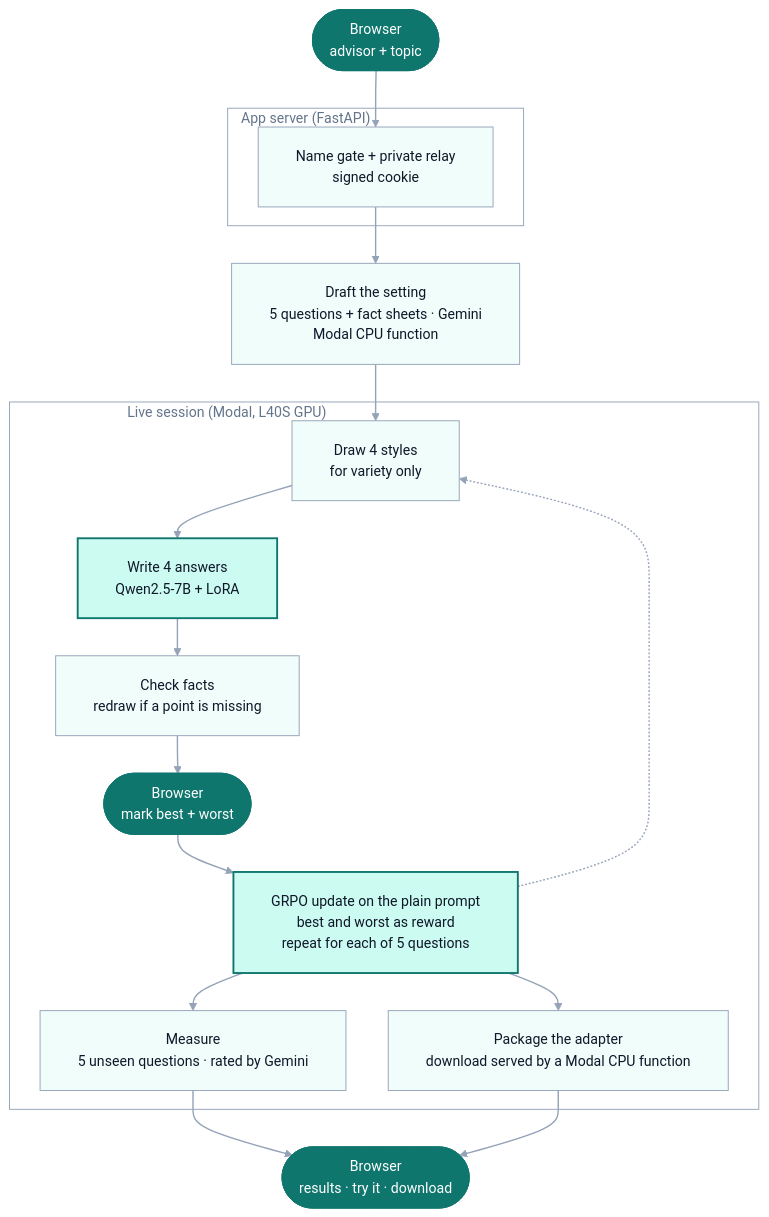
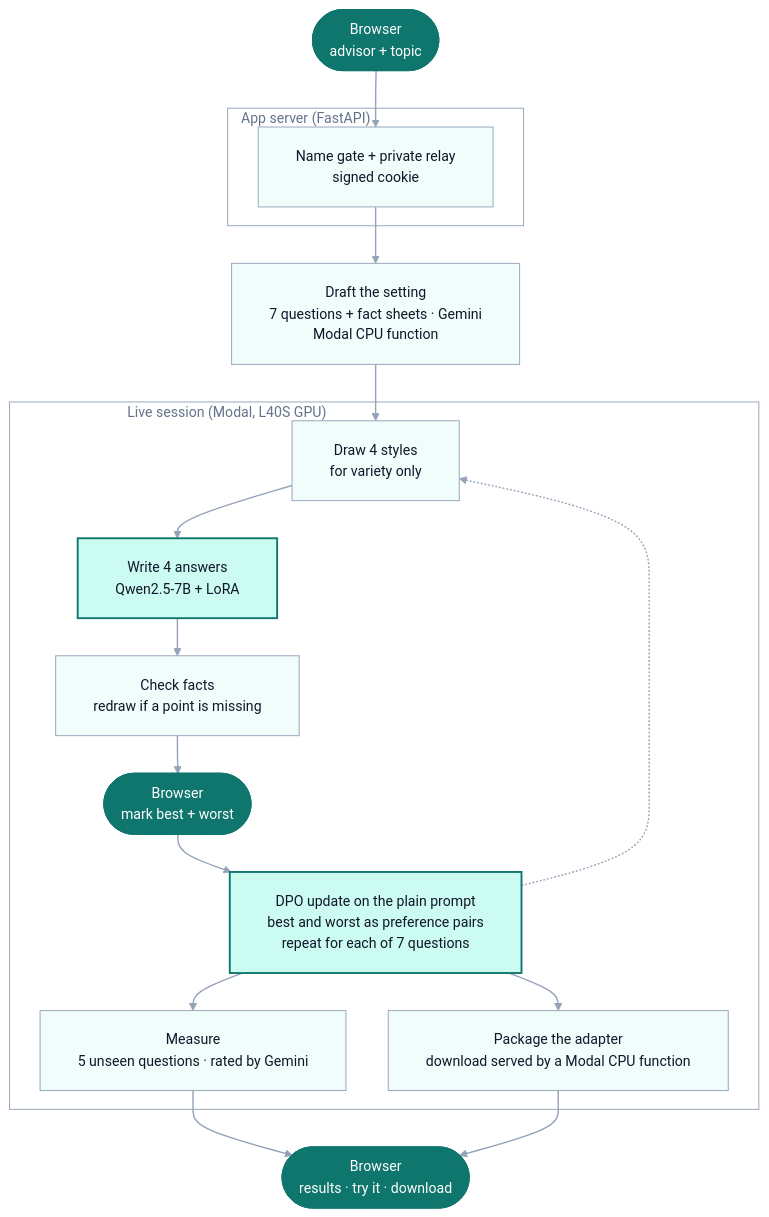
One commit to jessecui/attune changed the diagram in README.md. Above: the diagram before and after it, drawn with Mermaid. The commit also changed other lines of this file and 7 other files, not shown here.

First line of the commit message:
Ship DPO with seven-question sessions and a twenty-minute limit; GRPO becomes the method it is compared against

````diff
--- a/README.md
+++ b/README.md
@@ -68,40 +68,40 @@
 ```mermaid
 %%{init: {"theme": "base", "themeVariables": {"fontSize": "15px", "lineColor": "#94a3b8", "textColor": "#64748b", "clusterBkg": "transparent", "clusterBorder": "#94a3b8", "titleColor": "#64748b"}, "flowchart": {"curve": "basis", "nodeSpacing": 45, "rankSpacing": 40, "padding": 20, "wrappingWidth": 400}}}%%
 flowchart TB
     UI(["Browser<br/>advisor + topic"])
 
-    D["Draft the setting<br/>5 questions + fact sheets · Gemini<br/>Modal CPU function"]
+    D["Draft the setting<br/>7 questions + fact sheets · Gemini<br/>Modal CPU function"]
 
     subgraph APP["App server (FastAPI)#nbsp;#nbsp;#nbsp;#nbsp;#nbsp;#nbsp;#nbsp;#nbsp;#nbsp;#nbsp;#nbsp;#nbsp;#nbsp;#nbsp;#nbsp;#nbsp;#nbsp;#nbsp;#nbsp;#nbsp;#nbsp;#nbsp;#nbsp;#nbsp;#nbsp;#nbsp;#nbsp;#nbsp;#nbsp;#nbsp;#nbsp;#nbsp;#nbsp;#nbsp;#nbsp;#nbsp;#nbsp;#nbsp;#nbsp;#nbsp;"]
         A["Name gate + private relay<br/>signed cookie"]
     end
 
     subgraph LIVE["Live session (Modal, L40S GPU)#nbsp;#nbsp;#nbsp;#nbsp;#nbsp;#nbsp;#nbsp;#nbsp;#nbsp;#nbsp;#nbsp;#nbsp;#nbsp;#nbsp;#nbsp;#nbsp;#nbsp;#nbsp;#nbsp;#nbsp;#nbsp;#nbsp;#nbsp;#nbsp;#nbsp;#nbsp;#nbsp;#nbsp;#nbsp;#nbsp;#nbsp;#nbsp;#nbsp;#nbsp;#nbsp;#nbsp;#nbsp;#nbsp;#nbsp;#nbsp;#nbsp;#nbsp;#nbsp;#nbsp;#nbsp;#nbsp;#nbsp;#nbsp;#nbsp;#nbsp;#nbsp;#nbsp;#nbsp;#nbsp;#nbsp;#nbsp;#nbsp;#nbsp;#nbsp;#nbsp;#nbsp;#nbsp;#nbsp;#nbsp;#nbsp;#nbsp;#nbsp;#nbsp;#nbsp;#nbsp;#nbsp;#nbsp;#nbsp;#nbsp;#nbsp;#nbsp;#nbsp;#nbsp;#nbsp;#nbsp;#nbsp;#nbsp;#nbsp;#nbsp;#nbsp;#nbsp;#nbsp;#nbsp;#nbsp;#nbsp;"]
         C["Draw 4 styles<br/>for variety only"]
         W["Write 4 answers<br/>Qwen2.5-7B + LoRA"]
         F["Check facts<br/>redraw if a point is missing"]
         PICK(["Browser<br/>mark best + worst"])
-        U["GRPO update on the plain prompt<br/>best and worst as reward<br/>repeat for each of 5 questions"]
+        U["DPO update on the plain prompt<br/>best and worst as preference pairs<br/>repeat for each of 7 questions"]
         M["Measure<br/>5 unseen questions · rated by Gemini"]
         PKG["Package the adapter<br/>download served by a Modal CPU function"]
         C --> W --> F --> PICK --> U
         U -.-> C
         U --> M
         U --> PKG
     end
 
     OUT(["Browser<br/>results · try it · download"])
 
     UI --> A --> D --> C
     M --> OUT
     PKG --> OUT
 
     classDef step fill:#f0fdfa,stroke:#94a3b8,stroke-width:1px,color:#0f172a
     classDef model fill:#ccfbf1,stroke:#0f766e,stroke-width:2px,color:#0f172a
     classDef client fill:#0f766e,stroke:#0f766e,color:#ffffff
 
     class A,D,C,F,M,PKG step
     class W,U model
     class UI,PICK,OUT client
     linkStyle default stroke:#94a3b8,stroke-width:1.5px
 ```
````
